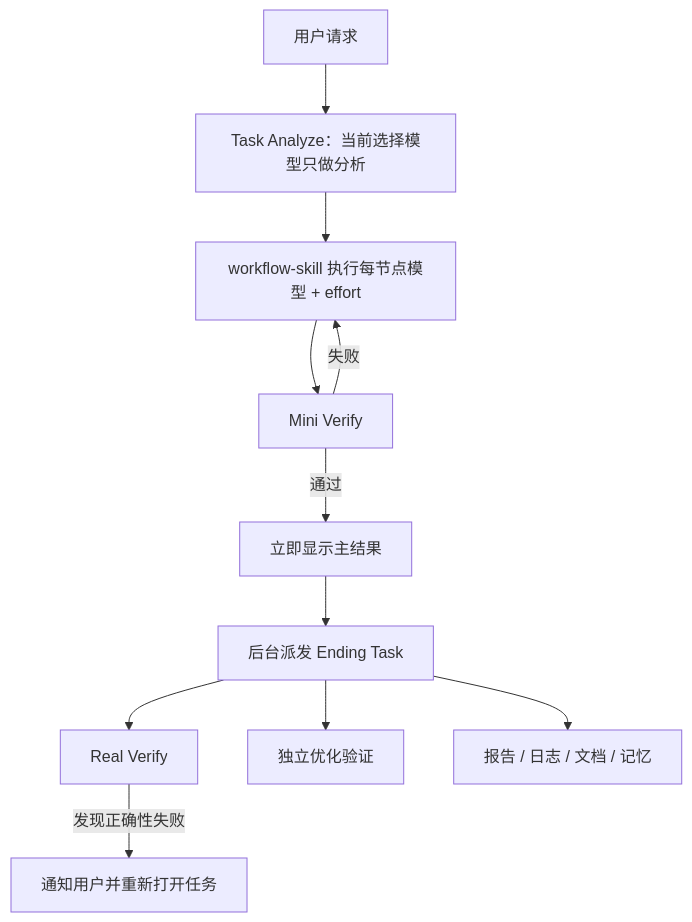
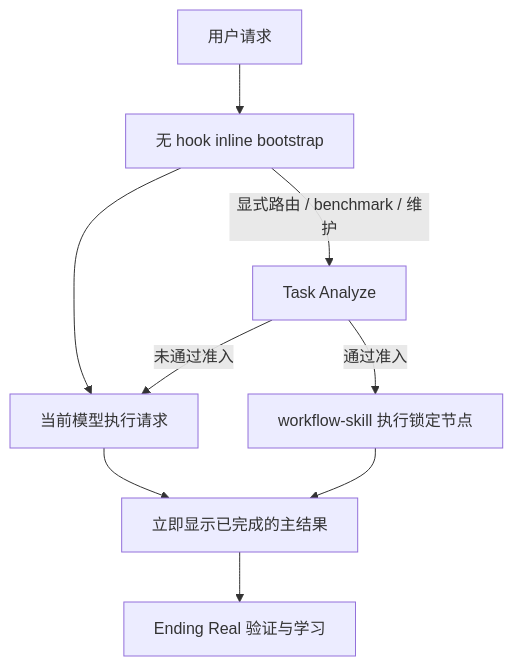
The second of 2 diagrams in README.zh.md (qinbatista/qin-codex-skills), drawn with Mermaid before and after one commit. The commit also changed other lines of this file and 72 other files, not shown here.

````diff
--- a/README.zh.md
+++ b/README.zh.md
@@ -26,13 +26,11 @@
 ```mermaid
 flowchart TD
-  A["用户请求"] --> B["Task Analyze：当前选择模型只做分析"]
-  B --> C["workflow-skill 执行每节点模型 + effort"]
-  C --> D["Mini Verify"]
-  D -->|失败| C
-  D -->|通过| E["立即显示主结果"]
-  E --> F["后台派发 Ending Task"]
-  F --> G["Real Verify"]
-  F --> H["独立优化验证"]
-  F --> I["报告 / 日志 / 文档 / 记忆"]
-  G -->|发现正确性失败| J["通知用户并重新打开任务"]
+  A["用户请求"] --> B["无 hook inline bootstrap"]
+  B --> C["当前模型执行请求"]
+  C --> E["立即显示已完成的主结果"]
+  B -->|显式路由 / benchmark / 维护| F["Task Analyze"]
+  F -->|未通过准入| C
+  F -->|通过准入| G["workflow-skill 执行锁定节点"]
+  G --> E
+  E --> I["Ending Real 验证与学习"]
 ```
````
